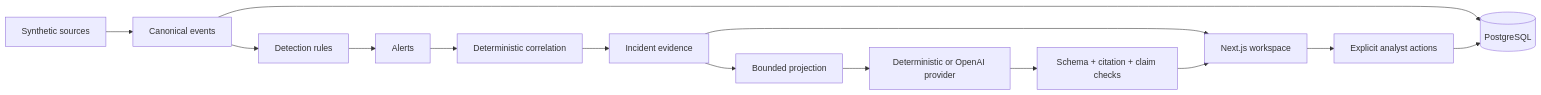
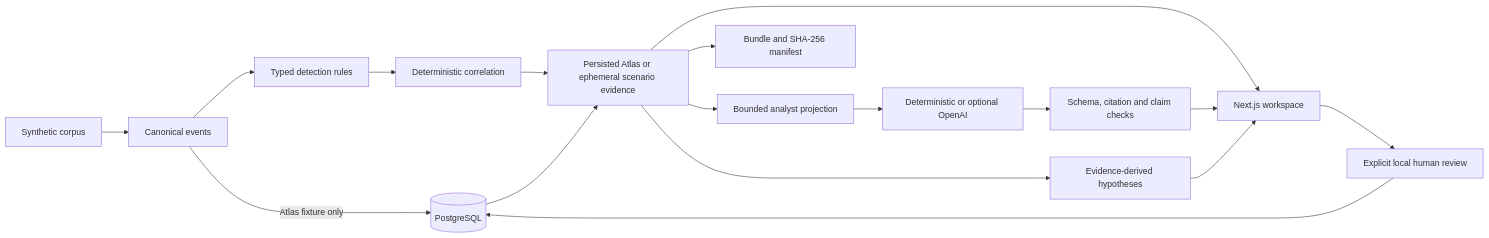
One commit to farhan-shafee/aegisgraph changed the diagram in README.md. Above: the diagram before and after it, drawn with Mermaid. The commit also changed other lines of this file and 18 other files, not shown here.

````diff
--- a/README.md
+++ b/README.md
@@ -53,16 +52,19 @@
 ```mermaid
 flowchart LR
-  Sources[Synthetic sources] --> Normalize[Canonical events]
-  Normalize --> DB[(PostgreSQL)]
-  Normalize --> Rules[Detection rules]
-  Rules --> Alerts[Alerts]
-  Alerts --> Correlation[Deterministic correlation]
-  Correlation --> Case[Incident evidence]
-  Case --> Web[Next.js workspace]
-  Case --> Context[Bounded projection]
-  Context --> Provider[Deterministic or OpenAI provider]
-  Provider --> Validate[Schema + citation + claim checks]
-  Validate --> Web
-  Web --> Human[Explicit analyst actions]
-  Human --> DB
+  Corpus[Synthetic corpus] --> Normalize[Canonical events]
+  Normalize -->|Atlas fixture only| DB[(PostgreSQL)]
+  Normalize --> Detect[Typed detection rules]
+  Detect --> Correlate[Deterministic correlation]
+  Correlate --> Evidence[Persisted Atlas or ephemeral scenario evidence]
+  Evidence --> Workspace[Next.js workspace]
+  Evidence --> Context[Bounded analyst projection]
+  Context --> Provider[Deterministic or optional OpenAI]
+  Provider --> Validate[Schema, citation and claim checks]
+  Validate --> Workspace
+  Evidence --> Hypotheses[Evidence-derived hypotheses]
+  Hypotheses --> Workspace
+  Workspace --> Review[Explicit local human review]
+  Review --> DB
+  DB --> Evidence
+  Evidence --> Export[Bundle and SHA-256 manifest]
 ```
````
